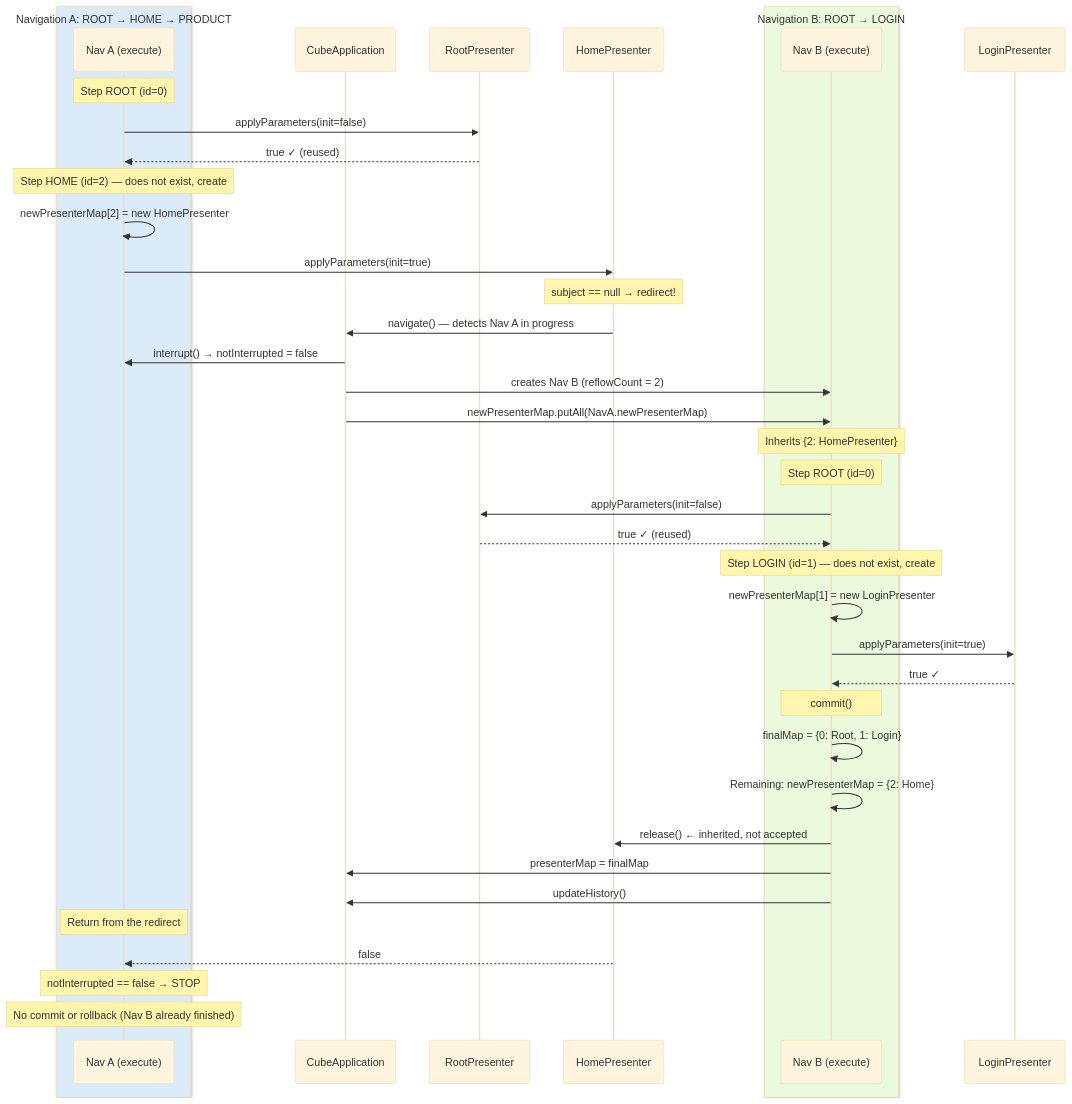
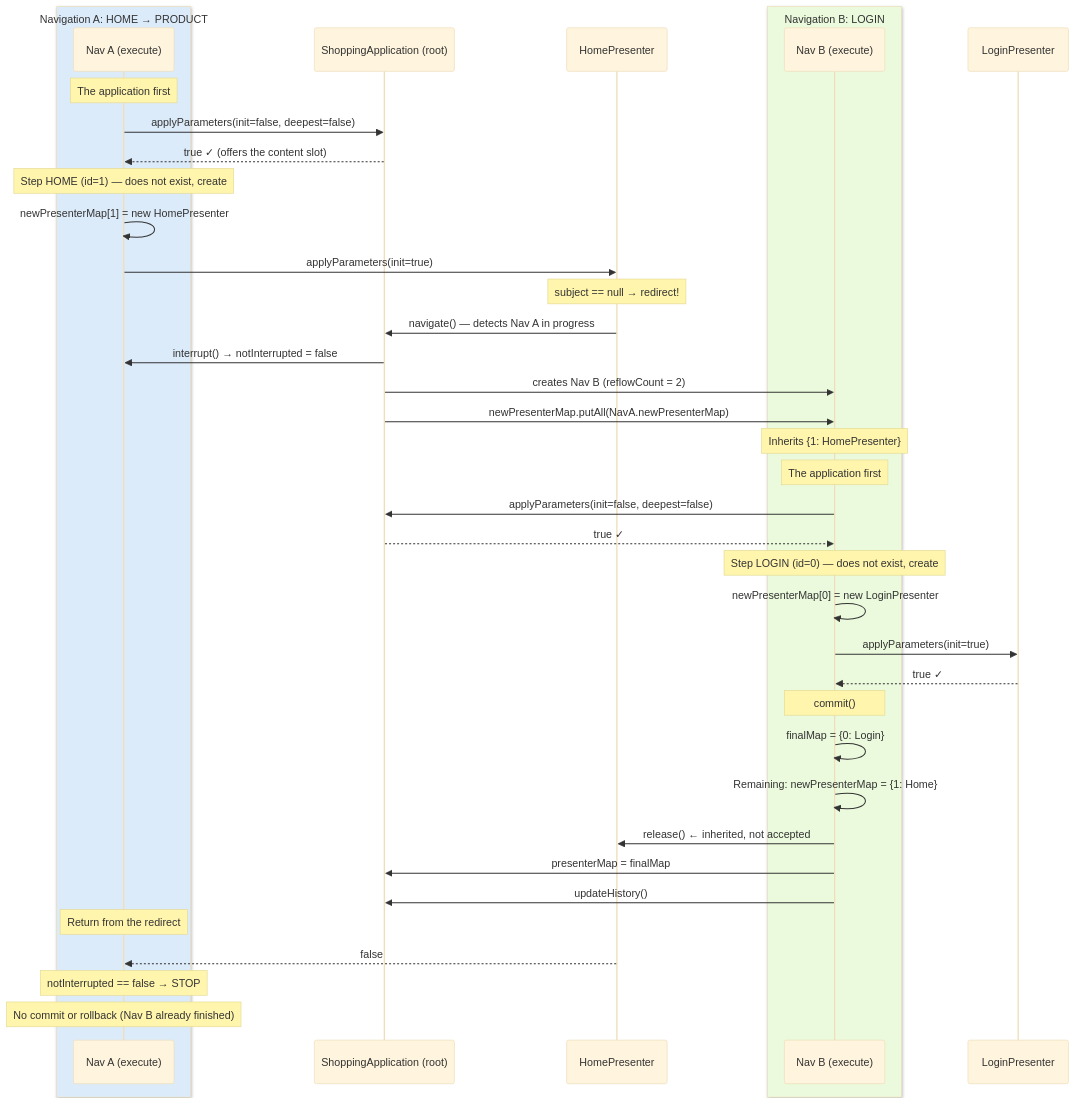
Before and after one commit to mrcdom/wdc-cube-kotlin: the fifth of 19 diagrams in docs/architecture-cube.md, drawn with Mermaid (base theme). The commit also changed other lines of this file and 22 other files, not shown here.

First line of the commit message:
refactor(presentation): ShoppingApplication absorbs RootPresenter

````diff
--- a/docs/architecture-cube.md
+++ b/docs/architecture-cube.md
@@ -388,49 +393,48 @@
 ```mermaid
 sequenceDiagram
-    box rgb(220,235,250) Navigation A: ROOT → HOME → PRODUCT
+    box rgb(220,235,250) Navigation A: HOME → PRODUCT
         participant NavA as Nav A (execute)
     end
-    participant App as CubeApplication
-    participant Root as RootPresenter
+    participant App as ShoppingApplication (root)
     participant Home as HomePresenter
-    box rgb(235,250,220) Navigation B: ROOT → LOGIN
+    box rgb(235,250,220) Navigation B: LOGIN
         participant NavB as Nav B (execute)
     end
     participant Login as LoginPresenter
 
-    Note over NavA: Step ROOT (id=0)
-    NavA->>Root: applyParameters(init=false)
-    Root-->>NavA: true ✓ (reused)
+    Note over NavA: The application first
+    NavA->>App: applyParameters(init=false, deepest=false)
+    App-->>NavA: true ✓ (offers the content slot)
 
-    Note over NavA: Step HOME (id=2) — does not exist, create
-    NavA->>NavA: newPresenterMap[2] = new HomePresenter
+    Note over NavA: Step HOME (id=1) — does not exist, create
+    NavA->>NavA: newPresenterMap[1] = new HomePresenter
     NavA->>Home: applyParameters(init=true)
 
     Note over Home: subject == null → redirect!
     Home->>App: navigate() — detects Nav A in progress
     App->>NavA: interrupt() → notInterrupted = false
     App->>NavB: creates Nav B (reflowCount = 2)
     App->>NavB: newPresenterMap.putAll(NavA.newPresenterMap)
-    Note over NavB: Inherits {2: HomePresenter}
+    Note over NavB: Inherits {1: HomePresenter}
 
-    Note over NavB: Step ROOT (id=0)
-    NavB->>Root: applyParameters(init=false)
-    Root-->>NavB: true ✓ (reused)
+    Note over NavB: The application first
+    NavB->>App: applyParameters(init=false, deepest=false)
+    App-->>NavB: true ✓
 
-    Note over NavB: Step LOGIN (id=1) — does not exist, create
-    NavB->>NavB: newPresenterMap[1] = new LoginPresenter
+    Note over NavB: Step LOGIN (id=0) — does not exist, create
+    NavB->>NavB: newPresenterMap[0] = new LoginPresenter
     NavB->>Login: applyParameters(init=true)
     Login-->>NavB: true ✓
 
     Note over NavB: commit()
-    NavB->>NavB: finalMap = {0: Root, 1: Login}
-    NavB->>NavB: Remaining: newPresenterMap = {2: Home}
+    NavB->>NavB: finalMap = {0: Login}
+    NavB->>NavB: Remaining: newPresenterMap = {1: Home}
     NavB->>Home: release() ← inherited, not accepted
     NavB->>App: presenterMap = finalMap
     NavB->>App: updateHistory()
 
     Note over NavA: Return from the redirect
     Home-->>NavA: false
     Note over NavA: notInterrupted == false → STOP
     Note over NavA: No commit or rollback (Nav B already finished)
 ```
````
